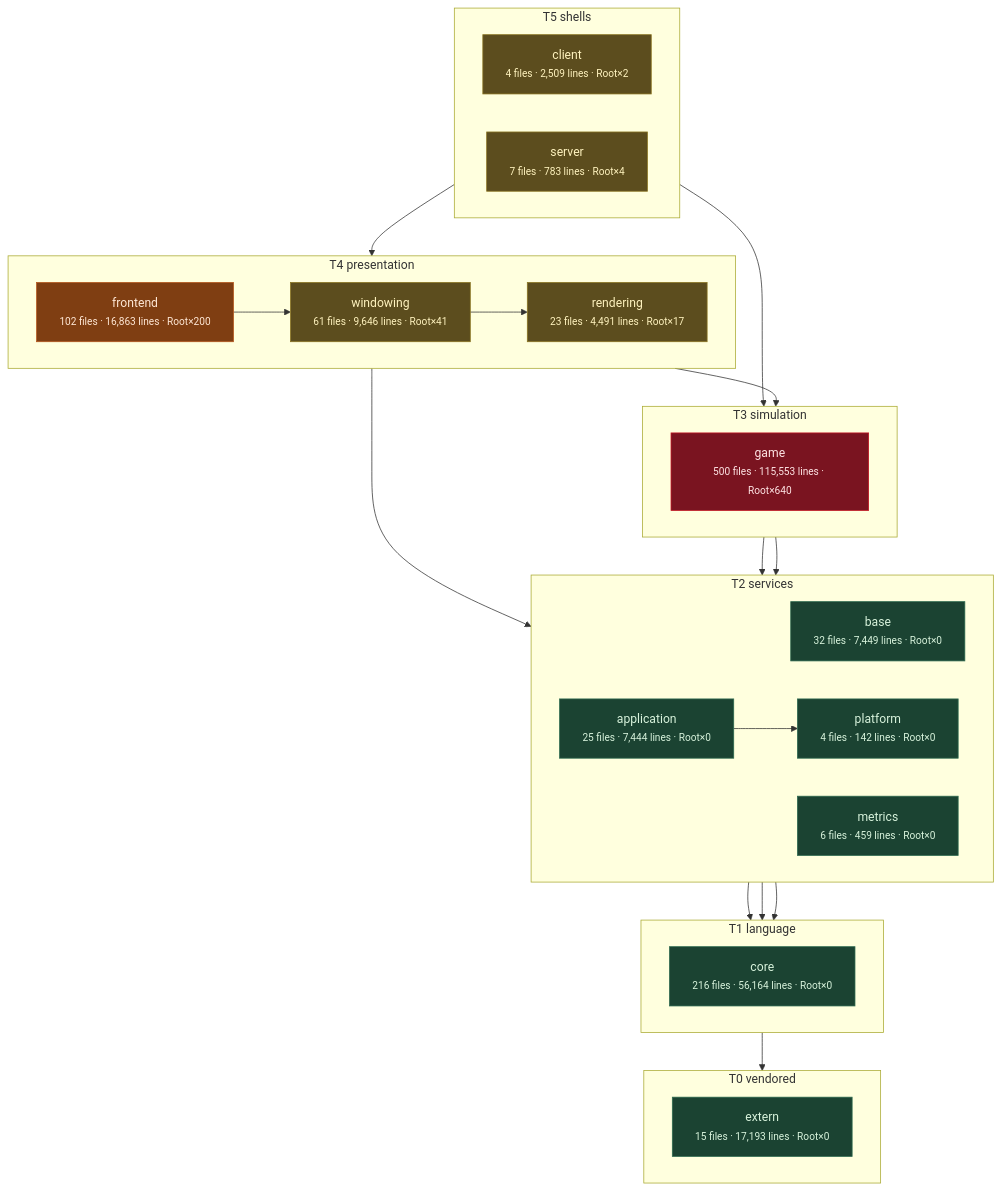
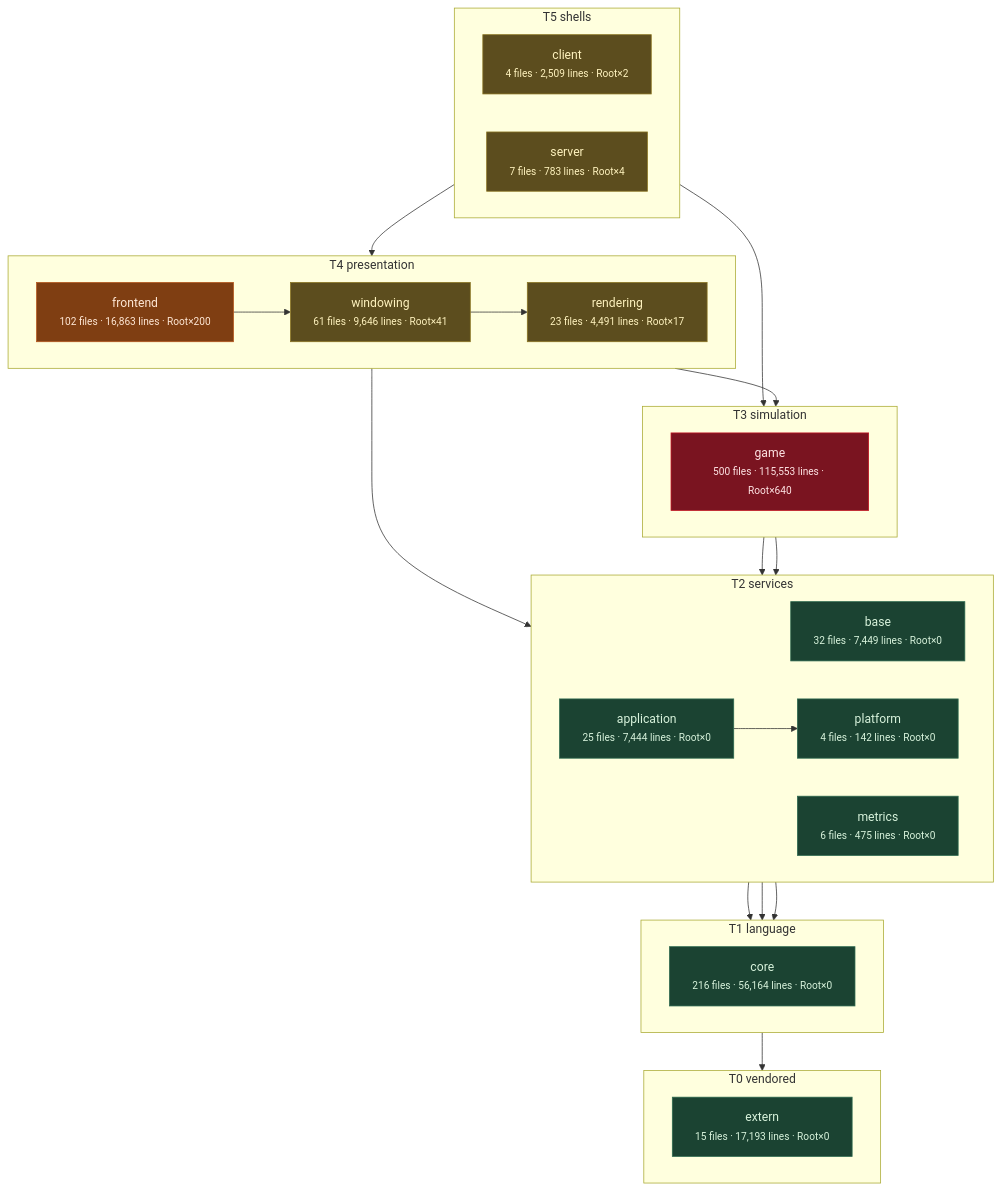
One commit to apnex/OpenStarbound changed the third of 11 diagrams in docs/architecture/system-boundaries.md. Above: the diagram before and after it, drawn with Mermaid. The commit also changed other lines of this file and 1 other file, not shown here.

````diff
--- a/docs/architecture/system-boundaries.md
+++ b/docs/architecture/system-boundaries.md
@@ -271,54 +271,54 @@
 ```mermaid
 flowchart TD
   subgraph T0["T0 vendored"]
     direction LR
     extern["extern<br/><small>15 files · 17,193 lines · Root×0</small>"]
   end
   subgraph T1["T1 language"]
     direction LR
     core["core<br/><small>216 files · 56,164 lines · Root×0</small>"]
   end
   subgraph T2["T2 services"]
     direction LR
     base["base<br/><small>32 files · 7,449 lines · Root×0</small>"]
-    metrics["metrics<br/><small>6 files · 459 lines · Root×0</small>"]
+    metrics["metrics<br/><small>6 files · 475 lines · Root×0</small>"]
     platform["platform<br/><small>4 files · 142 lines · Root×0</small>"]
     application["application<br/><small>25 files · 7,444 lines · Root×0</small>"]
   end
   subgraph T3["T3 simulation"]
     direction LR
     game["game<br/><small>500 files · 115,553 lines · Root×640</small>"]
   end
   subgraph T4["T4 presentation"]
     direction LR
     rendering["rendering<br/><small>23 files · 4,491 lines · Root×17</small>"]
     windowing["windowing<br/><small>61 files · 9,646 lines · Root×41</small>"]
     frontend["frontend<br/><small>102 files · 16,863 lines · Root×200</small>"]
   end
   subgraph T5["T5 shells"]
     direction LR
     client["client<br/><small>4 files · 2,509 lines · Root×2</small>"]
     server["server<br/><small>7 files · 783 lines · Root×4</small>"]
   end
   core --> extern
   base --> core
   metrics --> core
   platform --> core
   application --> platform
   game --> base
   game --> platform
   rendering --> application
   rendering --> game
   windowing --> rendering
   frontend --> windowing
   client --> frontend
   server --> game
   classDef clean fill:#1b4332,stroke:#2d6a4f,color:#d8f3dc
   classDef warm  fill:#5c4d1e,stroke:#8a7420,color:#fff3bf
   classDef hot   fill:#7f3e12,stroke:#b5561b,color:#ffe8d6
   classDef blaze fill:#7a1420,stroke:#c1121f,color:#ffe5e5
   class extern,core,base,metrics,platform,application clean
   class rendering,windowing,client,server warm
   class frontend hot
   class game blaze
 ```
````
